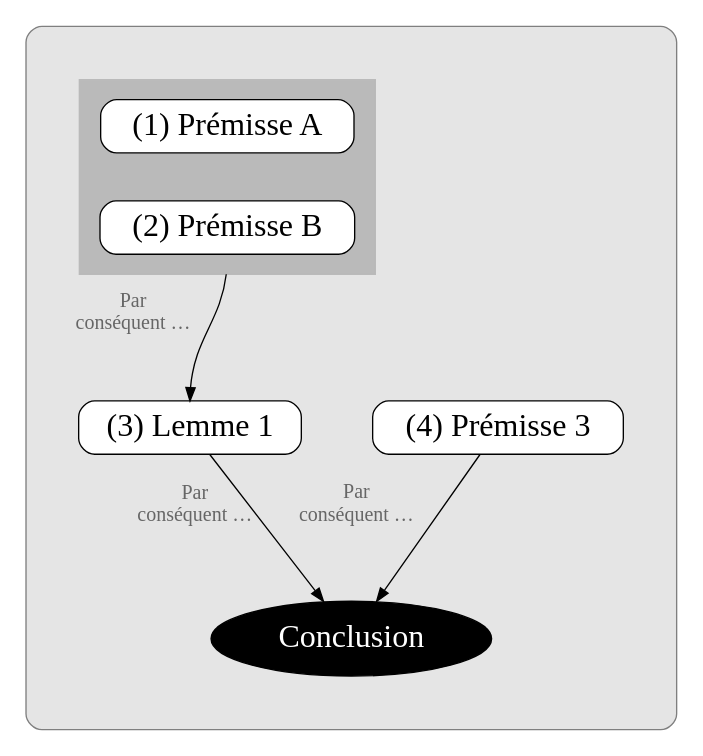
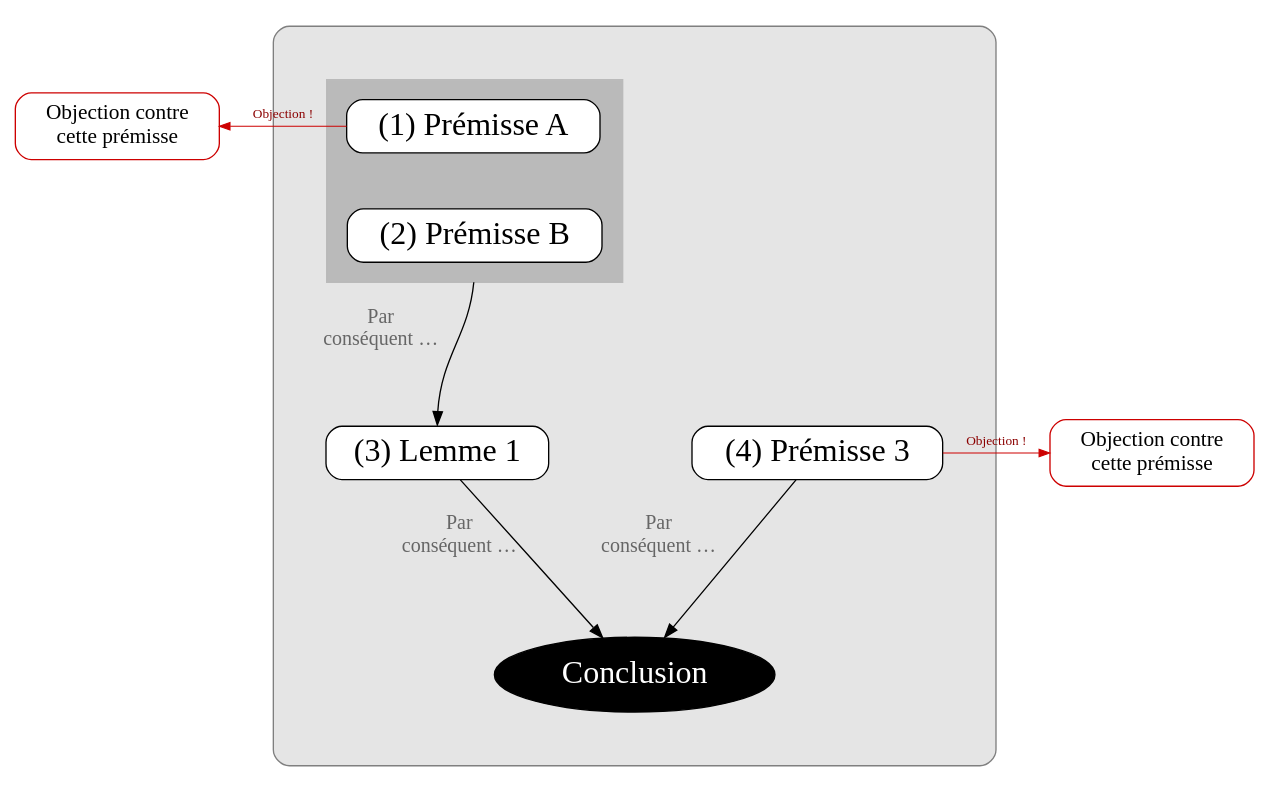
One commit to eyssette/graphviz-templates changed the diagram in argument2.dot. Above: the diagram before and after it, drawn with Graphviz.

```diff
--- a/argument2.dot
+++ b/argument2.dot
@@ -1,61 +1,64 @@
 digraph G {
 splines=true
 newrank=true
 compound=true
 
 
-node[color=red3, style="rounded, filled", shape="box", fillcolor=white, penwidth=1, fontcolor=black, fontsize=18, margin=0.1]
-// o1[label="o1"]
-// o1
+node[color=red3, style="rounded, filled", shape="box", fillcolor=white, penwidth=1, fontcolor=black, fontsize=16, margin=0.1]
+o1[label="Objection contre
+cette prémisse"]
 
 node[shape=box, fillcolor=white, style="filled,rounded", color=black, fontsize=24, penwidth=1,fontcolor=black, margin=0.1]
 edge[minlen=2,color=red3, penwidth=0.8, arrowsize=0.8, label="Objection !", fontcolor=red4,fontsize=10]
-// {rank=same;o1->p1[dir=back]}
+{rank=same;o1->p1[dir=back]}
 
 
 subgraph cluster_0 {
 bgcolor=grey90
 style=rounded
 color=grey50
 margin=40
 
 
 
 node[shape=box, fillcolor=white, style="filled,rounded", color=black]
 edge[label="",xlabel="Par
 conséquent …",fontcolor=grey40;fontsize=15,minlen=3,color=black,penwidth=1, arrowsize=1]
 
 
 
 subgraph cluster_1 {
 style="box"
 margin=15
 bgcolor=grey73
 color=grey73
 p1[label="(1) Prémisse A"]
 
 p2[label="(2) Prémisse B"]
 }
 
 p1->p2[style=invis,xlabel="",minlen=1]
+//{rank=same;p1->p2[style=invis,xlabel="",minlen=1]}
 
 p2:s->p3:n[ltail=cluster_1]
+//p2:w->p3:n[ltail=cluster_1]
 p3[label="(3) Lemme 1"]
 
 {rank=same;p3->p4[style=invis]}
 
 p4[label="(4) Prémisse 3"]
 
 {p3,p4}->C
 
 
 C[label="Conclusion",fillcolor=black, fontcolor=white, color=black, shape=ellipse]
 
 
 }
 
-node[color=red3, style="rounded, filled", shape="box", fillcolor=white, penwidth=1, fontcolor=black, fontsize=18, margin=0.1]
-// o3
-//{rank=same;p4->o3}
+node[color=red3, style="rounded, filled", shape="box", fillcolor=white, penwidth=1, fontcolor=black, fontsize=16, margin=0.1]
+o2[label="Objection contre
+cette prémisse"]
+{rank=same;p4->o2}
 
 }
```
